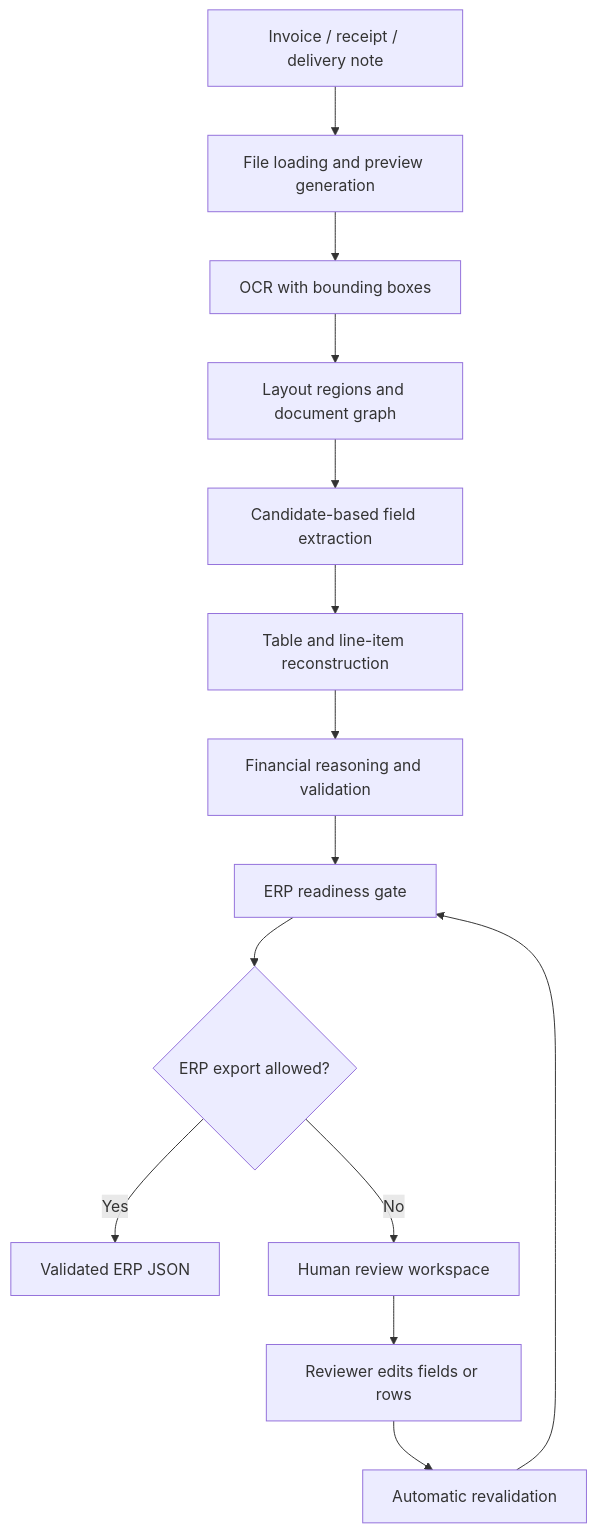
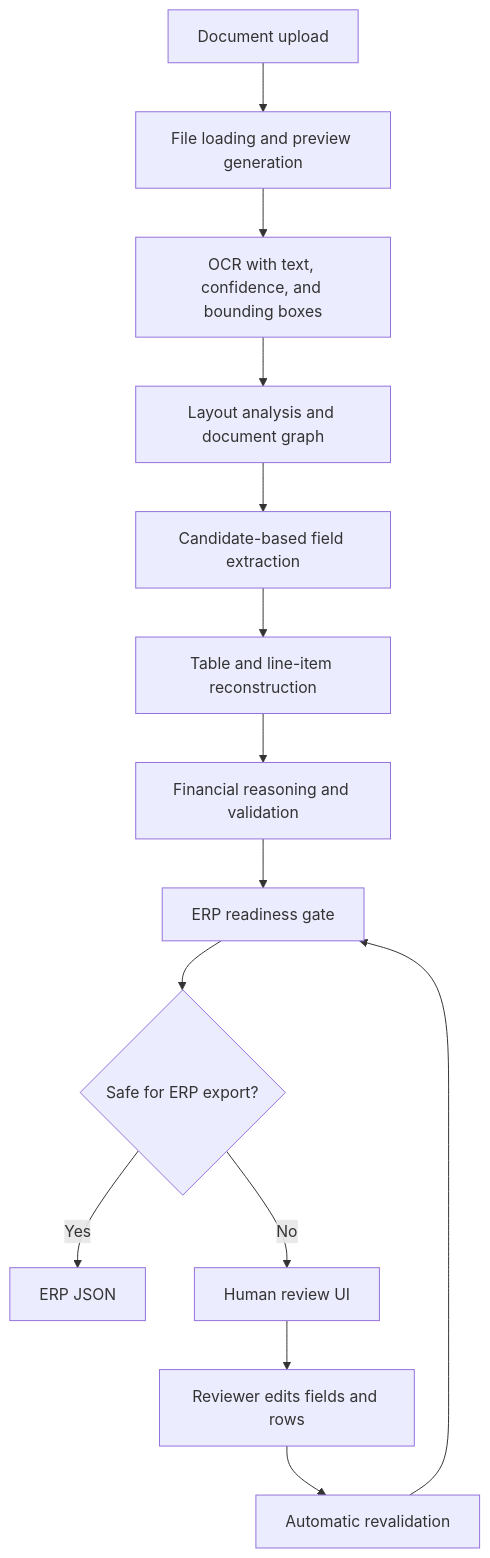
One commit to aymendhieb02/Smart-OCR-to-ERP-Platform changed the diagram in README.md. Above: the diagram before and after it, drawn with Mermaid. The commit also changed other lines of this file and 1 other file, not shown here.

````diff
--- a/README.md
+++ b/README.md
@@ -25,16 +22,16 @@
 ```mermaid
 flowchart TD
-    A["Invoice / receipt / delivery note"] --> B["File loading and preview generation"]
-    B --> C["OCR with bounding boxes"]
-    C --> D["Layout regions and document graph"]
+    A["Document upload"] --> B["File loading and preview generation"]
+    B --> C["OCR with text, confidence, and bounding boxes"]
+    C --> D["Layout analysis and document graph"]
     D --> E["Candidate-based field extraction"]
     E --> F["Table and line-item reconstruction"]
     F --> G["Financial reasoning and validation"]
     G --> H["ERP readiness gate"]
-    H --> I{"ERP export allowed?"}
-    I -->|Yes| J["Validated ERP JSON"]
-    I -->|No| K["Human review workspace"]
-    K --> L["Reviewer edits fields or rows"]
+    H --> I{"Safe for ERP export?"}
+    I -->|Yes| J["ERP JSON"]
+    I -->|No| K["Human review UI"]
+    K --> L["Reviewer edits fields and rows"]
     L --> M["Automatic revalidation"]
     M --> H
 ```
````
